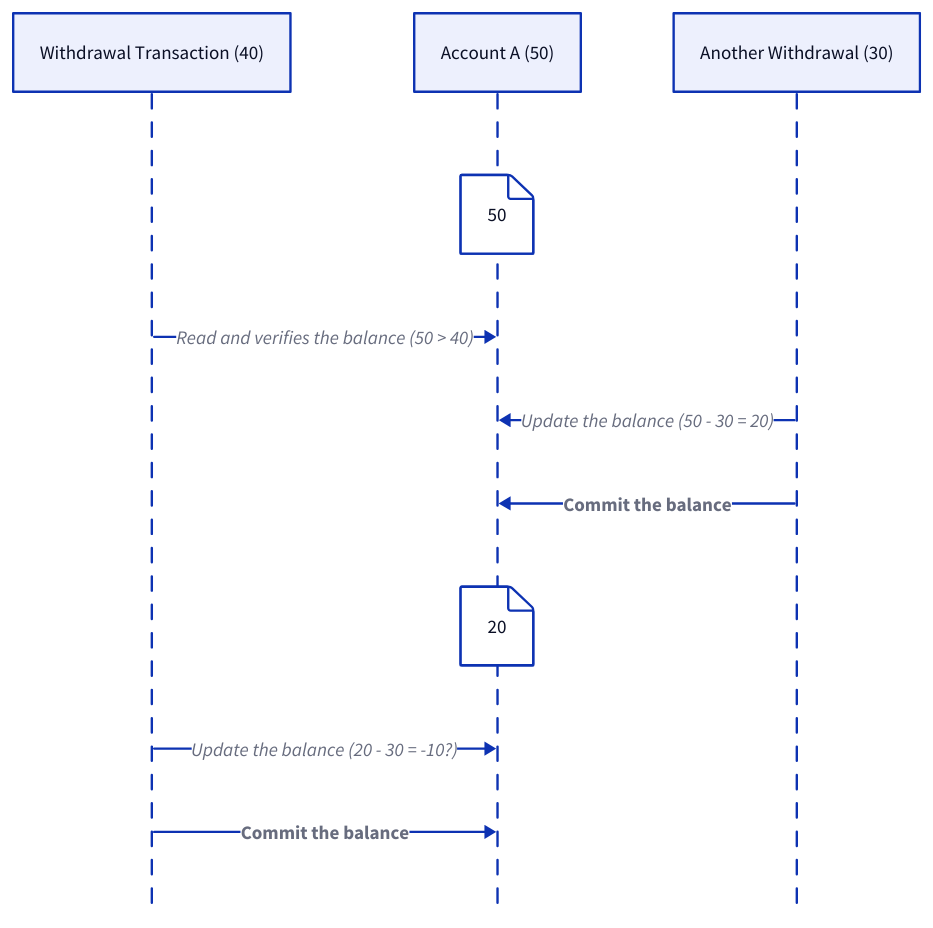
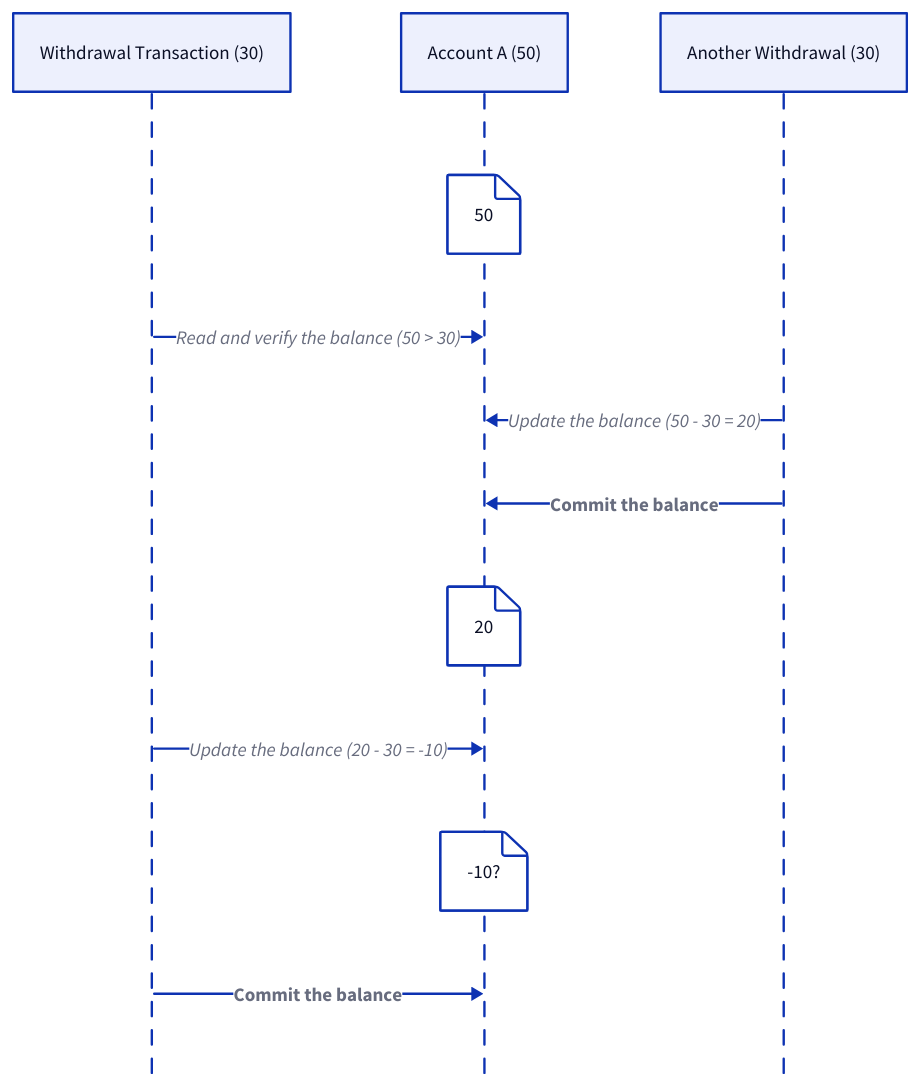
The tenth of 23 diagrams in content/data-persistence/sql-database/concurrency-control.md (link1905/system-design-101), drawn with D2 before and after one commit. The commit also changed other lines of this file and 13 other files, not shown here.

````diff
--- a/content/data-persistence/sql-database/concurrency-control.md
+++ b/content/data-persistence/sql-database/concurrency-control.md
@@ -333,23 +332,26 @@
 ```d2
 shape: sequence_diagram
-t: Withdrawal Transaction (40)
+t: Withdrawal Transaction (30)
 a: Account A (50)
 t1: Another Withdrawal (30)
 a {
   "50"
 }
-t -> a: Read and verifies the balance (50 > 40)
+t -> a: Read and verify the balance (50 > 30)
 t1 -> a: Update the balance (50 - 30 = 20)
 t1 -> a: Commit the balance {
     style.bold: true
 }
 a {
   "20"
 }
-t -> a: Update the balance (20 - 30 = -10?) {
+t -> a: Update the balance (20 - 30 = -10) {
     class: error-conn
+}
+a {
+  "-10?"
 }
 t -> a: Commit the balance {
     style.bold: true
 }
 ```
````
